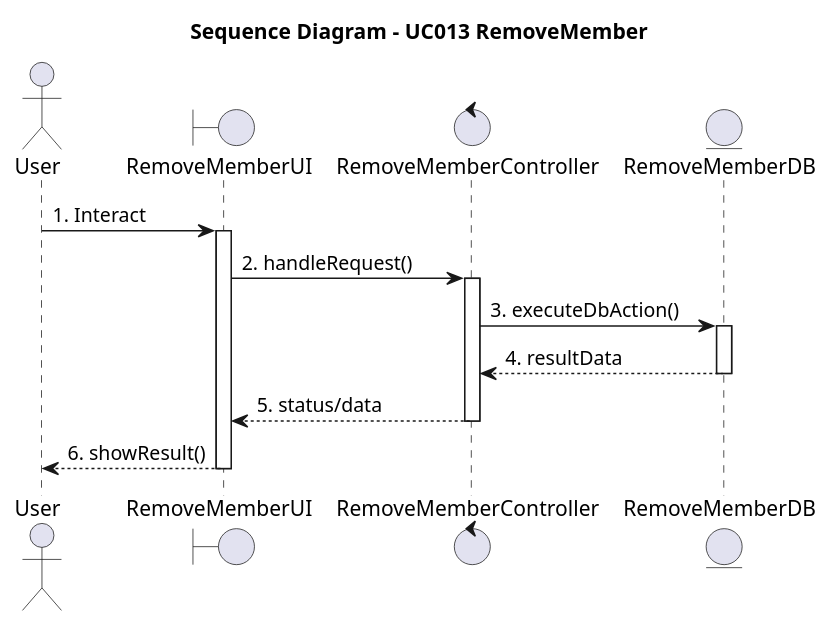
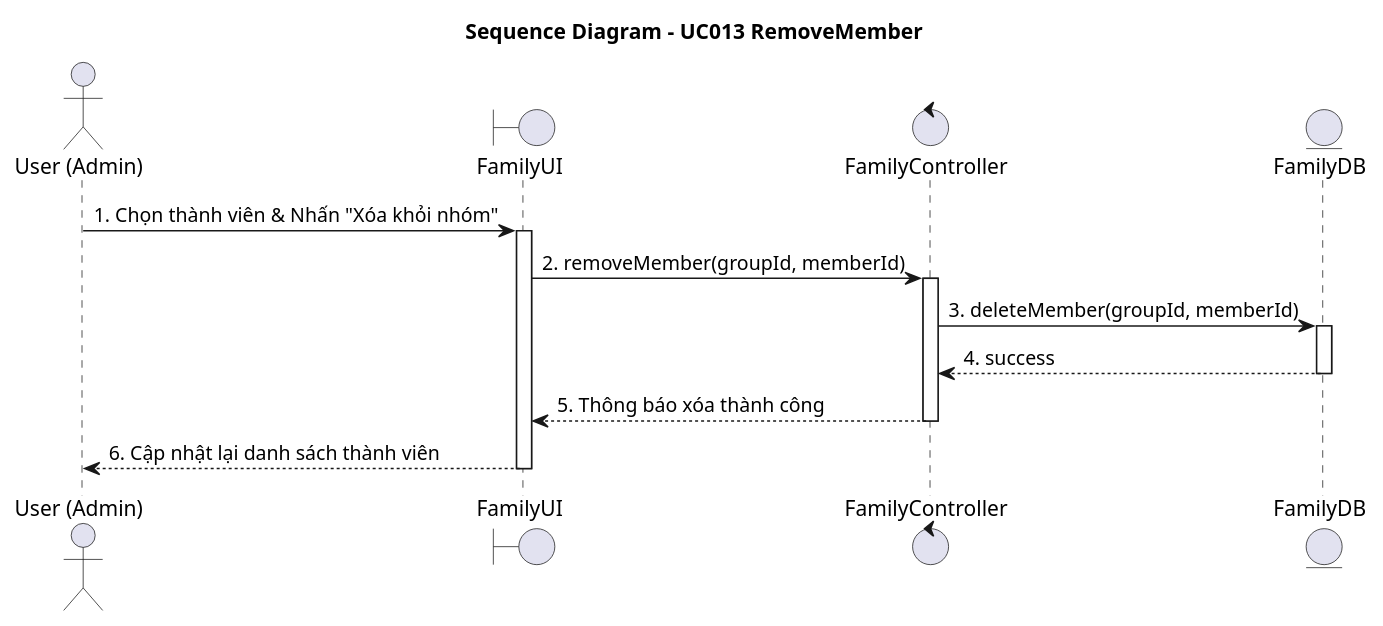
Before and after one commit to Alt2210/NaviMart: the diagram in diagrams/Module_2_FamilyGroup/UC013_Xóa_thành_viên_khỏi_nhóm_(Kick)_Sequence.puml, drawn with PlantUML. The commit also changed 31 other files, not shown here.

```diff
--- a/diagrams/Module_2_FamilyGroup/UC013_Xóa_thành_viên_khỏi_nhóm_(Kick)_Sequence.puml
+++ b/diagrams/Module_2_FamilyGroup/UC013_Xóa_thành_viên_khỏi_nhóm_(Kick)_Sequence.puml
@@ -1,21 +1,21 @@
 @startuml
 title Sequence Diagram - UC013 RemoveMember
 
-actor "User" as Actor
-boundary "RemoveMemberUI" as UI
-control "RemoveMemberController" as Controller
-entity "RemoveMemberDB" as Entity
+actor "User (Admin)" as Actor
+boundary "FamilyUI" as UI
+control "FamilyController" as Controller
+entity "FamilyDB" as Entity
 
-Actor -> UI : 1. Interact
+Actor -> UI : 1. Chọn thành viên & Nhấn "Xóa khỏi nhóm"
 activate UI
-UI -> Controller : 2. handleRequest()
+UI -> Controller : 2. removeMember(groupId, memberId)
 activate Controller
-Controller -> Entity : 3. executeDbAction()
+Controller -> Entity : 3. deleteMember(groupId, memberId)
 activate Entity
-Entity --> Controller : 4. resultData
+Entity --> Controller : 4. success
 deactivate Entity
-Controller --> UI : 5. status/data
+Controller --> UI : 5. Thông báo xóa thành công
 deactivate Controller
-UI --> Actor : 6. showResult()
+UI --> Actor : 6. Cập nhật lại danh sách thành viên
 deactivate UI
 @enduml
```
